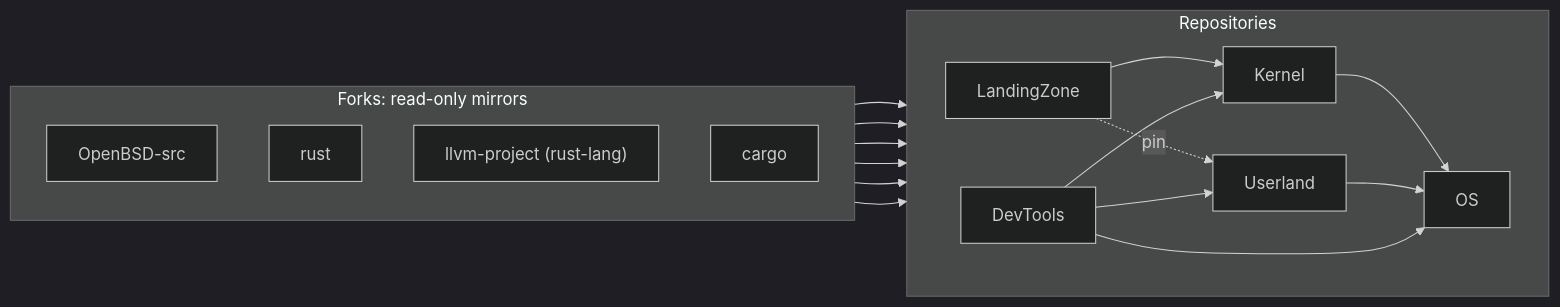
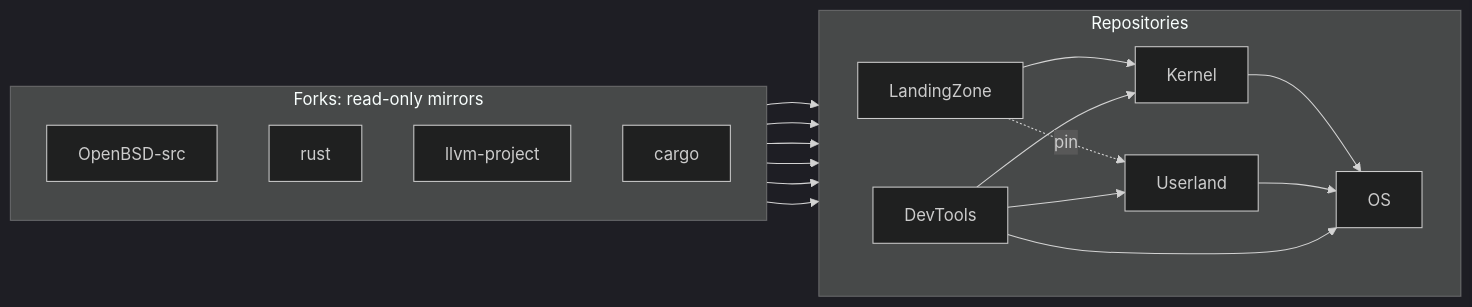
The diagram in README.md (EmiBSD/Governance), drawn with Mermaid (dark theme) before and after one commit. The commit also changed 5 other files, not shown here.

````diff
--- a/README.md
+++ b/README.md
@@ -32,31 +32,31 @@
 ```mermaid
 flowchart LR
     subgraph forks["Forks: read-only mirrors"]
         direction TB
         obsd["OpenBSD-src"]
         rust["rust"]
-        llvmrs["llvm-project (rust-lang)"]
+        llvmrs["llvm-project"]
         cargo["cargo"]
     end
     subgraph repos["Repositories"]
         direction LR
         dev["DevTools"]
         lz["LandingZone"]
         ul["Userland"]
         k["Kernel"]
         os["OS"]
     end
     obsd --> dev
     rust --> dev
     llvmrs --> dev
     cargo --> dev
     obsd --> lz
     obsd --> ul
     lz --> k
     lz -. pin .-> ul
     dev --> ul
     dev --> k
     k --> os
     ul --> os
     dev --> os
 ```
````
